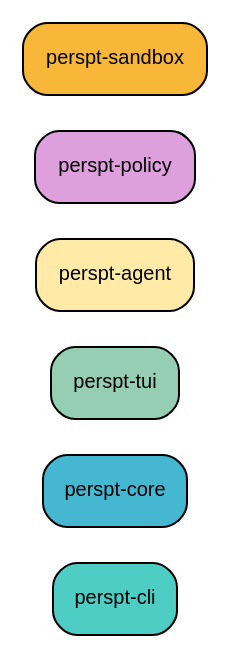
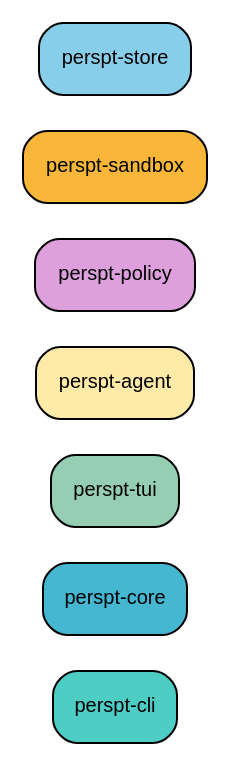
One commit to eonseed/perspt changed the diagram in docs/perspt_book/source/api/index.rst. Above: the diagram before and after it, drawn with Graphviz. The commit also changed other lines of this file and 25 other files, not shown here.

First line of the commit message:
docs: comprehensive update to 7-crate architecture and PDF generation fixes

```diff
--- a/docs/perspt_book/source/api/index.rst
+++ b/docs/perspt_book/source/api/index.rst
@@ -8,15 +8,16 @@
 .. graphviz::
    :align: center
    :caption: Crate Overview
 
    digraph crates {
        rankdir=LR;
        node [shape=box, style="rounded,filled", fontname="Helvetica", fontsize=10];
        
        cli [label="perspt-cli", fillcolor="#4ECDC4", href="perspt-cli.html"];
        core [label="perspt-core", fillcolor="#45B7D1", href="perspt-core.html"];
        tui [label="perspt-tui", fillcolor="#96CEB4", href="perspt-tui.html"];
        agent [label="perspt-agent", fillcolor="#FFEAA7", href="perspt-agent.html"];
        policy [label="perspt-policy", fillcolor="#DDA0DD", href="perspt-policy.html"];
        sandbox [label="perspt-sandbox", fillcolor="#F8B739", href="perspt-sandbox.html"];
+       store [label="perspt-store", fillcolor="#87CEEB", href="perspt-store.html"];
    }
```
